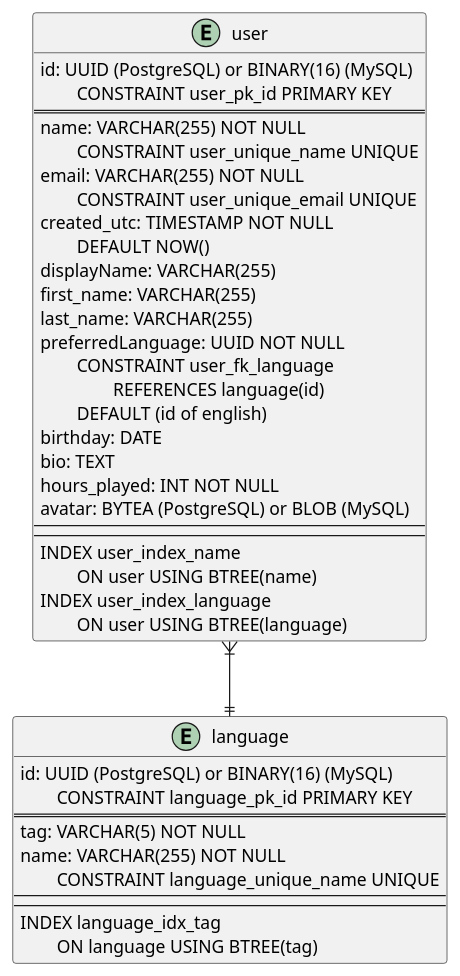
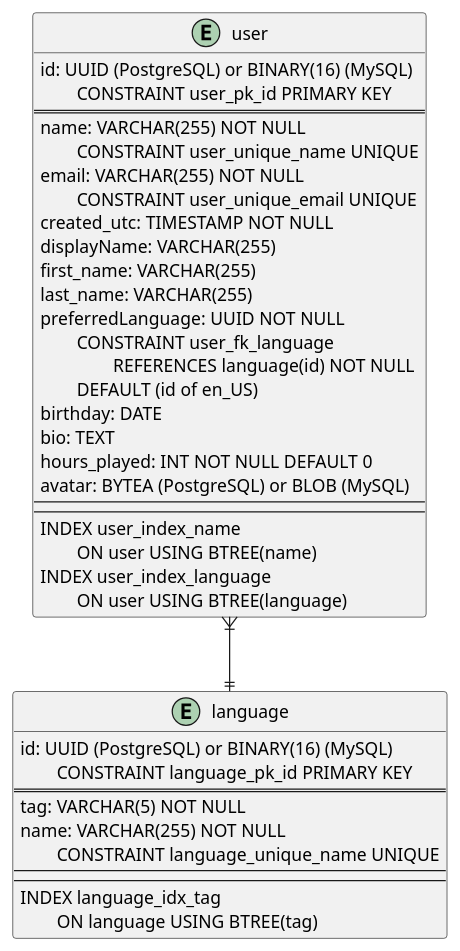
One commit to turing85/untitled-rpg-webapp changed the diagram in doc/datamodel/ERD.puml. Above: the diagram before and after it, drawn with PlantUML. The commit also changed 1 other file, not shown here.

```diff
--- a/doc/datamodel/ERD.puml
+++ b/doc/datamodel/ERD.puml
@@ -1,47 +1,46 @@
 @startuml
 
 entity user {
     id: UUID (PostgreSQL) or BINARY(16) (MySQL)
     \tCONSTRAINT user_pk_id PRIMARY KEY
     ===
     name: VARCHAR(255) NOT NULL
     \tCONSTRAINT user_unique_name UNIQUE
     email: VARCHAR(255) NOT NULL
     \tCONSTRAINT user_unique_email UNIQUE
     created_utc: TIMESTAMP NOT NULL
-    \tDEFAULT NOW()
     displayName: VARCHAR(255)
     first_name: VARCHAR(255)
     last_name: VARCHAR(255)
     preferredLanguage: UUID NOT NULL
     \tCONSTRAINT user_fk_language
-    \t\tREFERENCES language(id)
-    \tDEFAULT (id of english)
+    \t\tREFERENCES language(id) NOT NULL
+    \tDEFAULT (id of en_US)
     birthday: DATE
     bio: TEXT
-    hours_played: INT NOT NULL
+    hours_played: INT NOT NULL DEFAULT 0
     avatar: BYTEA (PostgreSQL) or BLOB (MySQL)
     ---
     ---
     INDEX user_index_name
     \tON user USING BTREE(name)
     INDEX user_index_language
     \tON user USING BTREE(language)
 }
 
 entity language {
     id: UUID (PostgreSQL) or BINARY(16) (MySQL)
     \tCONSTRAINT language_pk_id PRIMARY KEY
     ==
     tag: VARCHAR(5) NOT NULL
     name: VARCHAR(255) NOT NULL
     \tCONSTRAINT language_unique_name UNIQUE
     ---
     ---
     INDEX language_idx_tag
     \tON language USING BTREE(tag)
 }
 
 user }|--|| language
 
 @enduml
```
